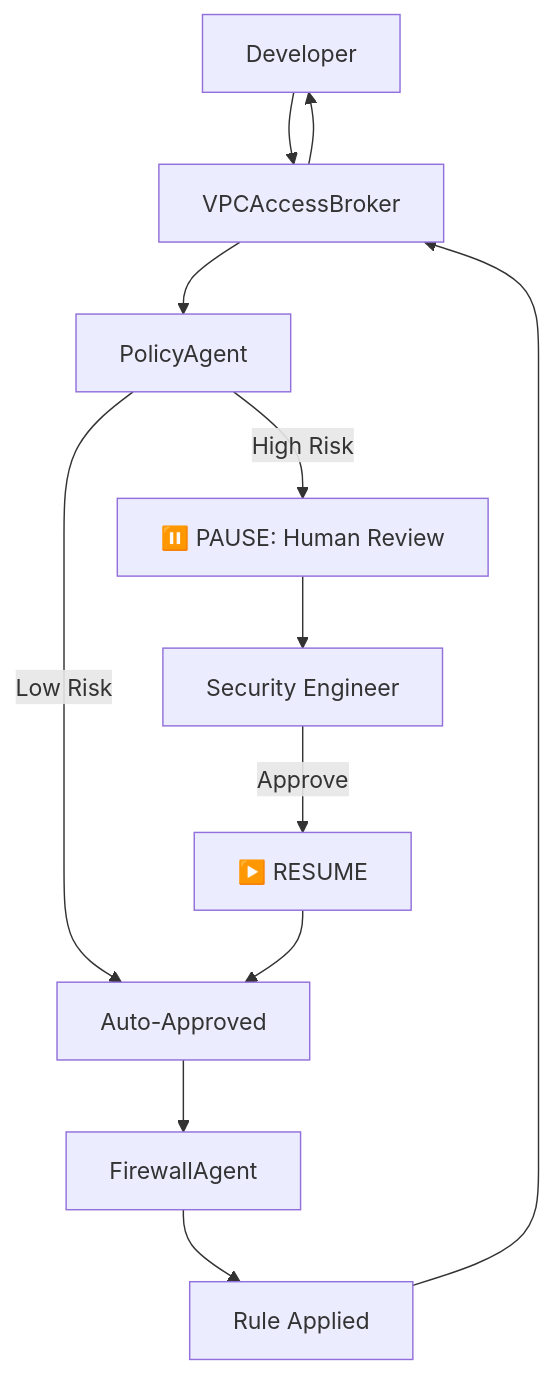
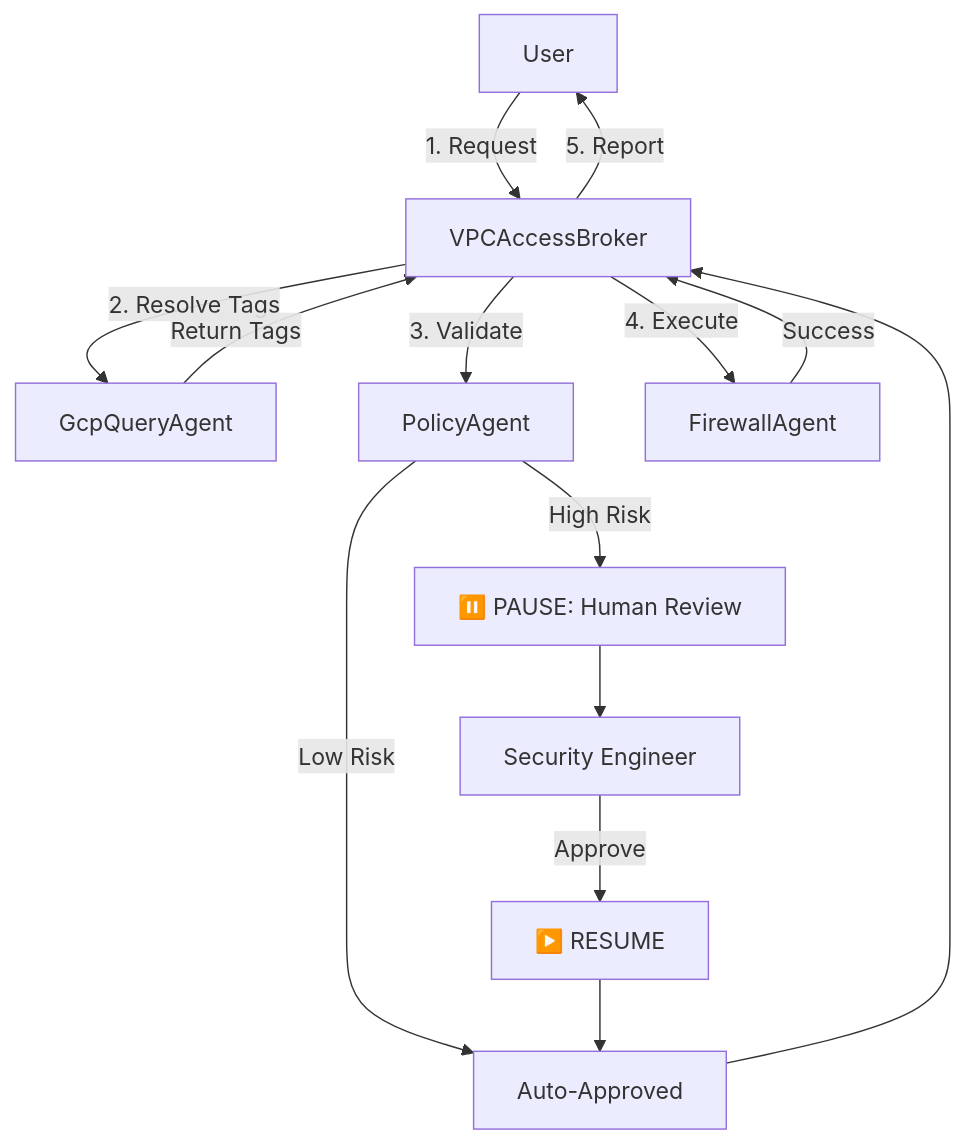
The diagram in README.md (chinga-chinga/2025-google-capstone), drawn with Mermaid before and after one commit. The commit also changed other lines of this file and 7 other files, not shown here.

Commit message:
feat: Add `GcpQueryAgent` and `service_registry.json` for resource tag lookup, and update README with detailed setup and workflow.

````diff
--- a/README.md
+++ b/README.md
@@ -46,14 +46,19 @@
 ```mermaid
 graph TD
-    User[Developer] --> Broker[VPCAccessBroker]
-    Broker --> Policy[PolicyAgent]
+    User[User] -->|1. Request| Broker[VPCAccessBroker]
+    Broker -->|2. Resolve Tags| Query[GcpQueryAgent]
+    Query -->|Return Tags| Broker
+    Broker -->|3. Validate| Policy[PolicyAgent]
+    
     Policy -- Low Risk --> Approved[Auto-Approved]
+    
     Policy -- High Risk --> Pause[⏸️ PAUSE: Human Review]
     Pause --> Human[Security Engineer]
     Human -- Approve --> Resume[▶️ RESUME]
     Resume --> Approved
-    Approved --> Firewall[FirewallAgent]
-    Firewall --> Result[Rule Applied]
-    Result --> Broker
-    Broker --> User
+    
+    Approved --> Broker
+    Broker -->|4. Execute| Firewall[FirewallAgent]
+    Firewall -->|Success| Broker
+    Broker -->|5. Report| User
 ```
````
